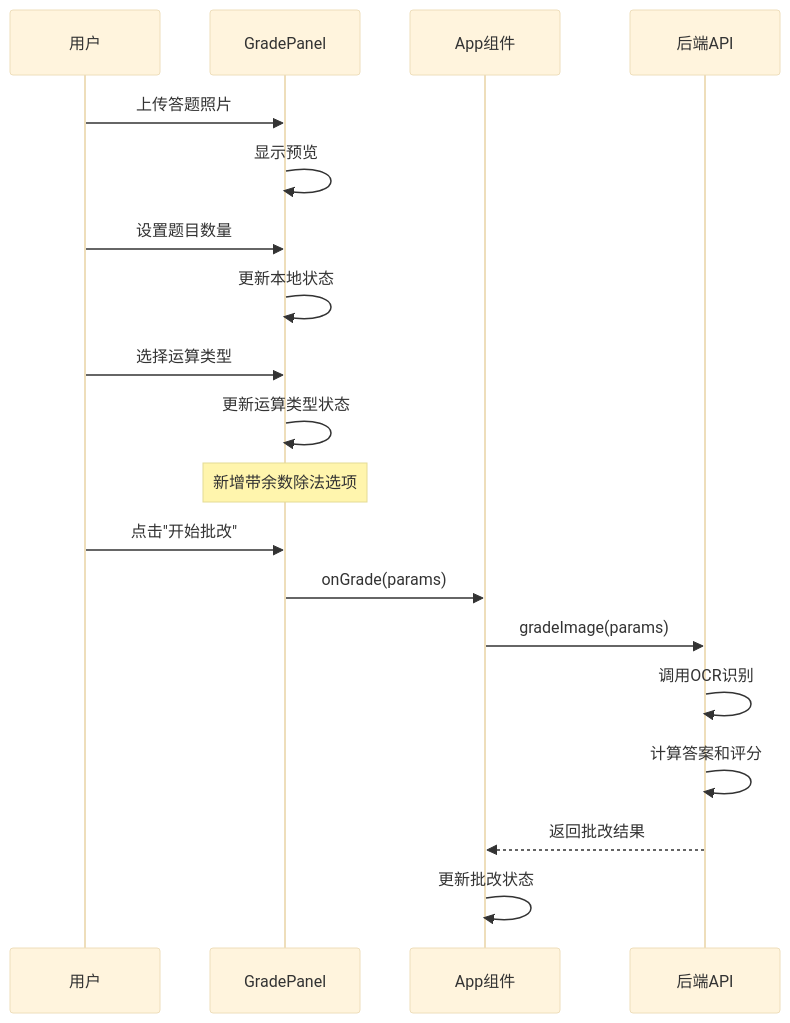
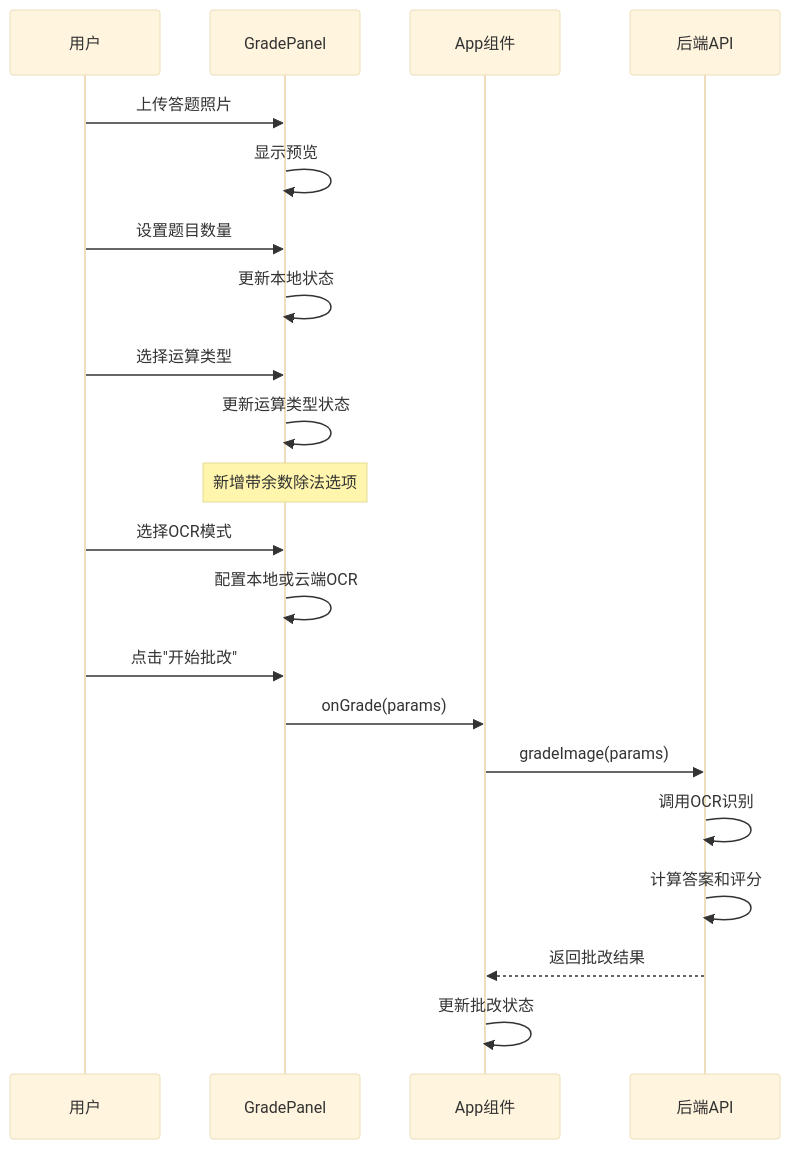
One commit to SimonWHL/math-learning changed the sixth of 11 diagrams in .qoder/repowiki/zh/content/项目结构/前端用户界面.md. Above: the diagram before and after it, drawn with Mermaid (base theme). The commit also changed other lines of this file and 4 other files, not shown here.

````diff
--- a/.qoder/repowiki/zh/content/项目结构/前端用户界面.md
+++ b/.qoder/repowiki/zh/content/项目结构/前端用户界面.md
@@ -245,21 +245,23 @@
 ```mermaid
 sequenceDiagram
 participant User as 用户
 participant Panel as GradePanel
 participant App as App组件
 participant API as 后端API
 User->>Panel : 上传答题照片
 Panel->>Panel : 显示预览
 User->>Panel : 设置题目数量
 Panel->>Panel : 更新本地状态
 User->>Panel : 选择运算类型
 Panel->>Panel : 更新运算类型状态
 Note over Panel : 新增带余数除法选项
+User->>Panel : 选择OCR模式
+Panel->>Panel : 配置本地或云端OCR
 User->>Panel : 点击"开始批改"
 Panel->>App : onGrade(params)
 App->>API : gradeImage(params)
 API->>API : 调用OCR识别
 API->>API : 计算答案和评分
 API-->>App : 返回批改结果
 App->>App : 更新批改状态
 ```
````
